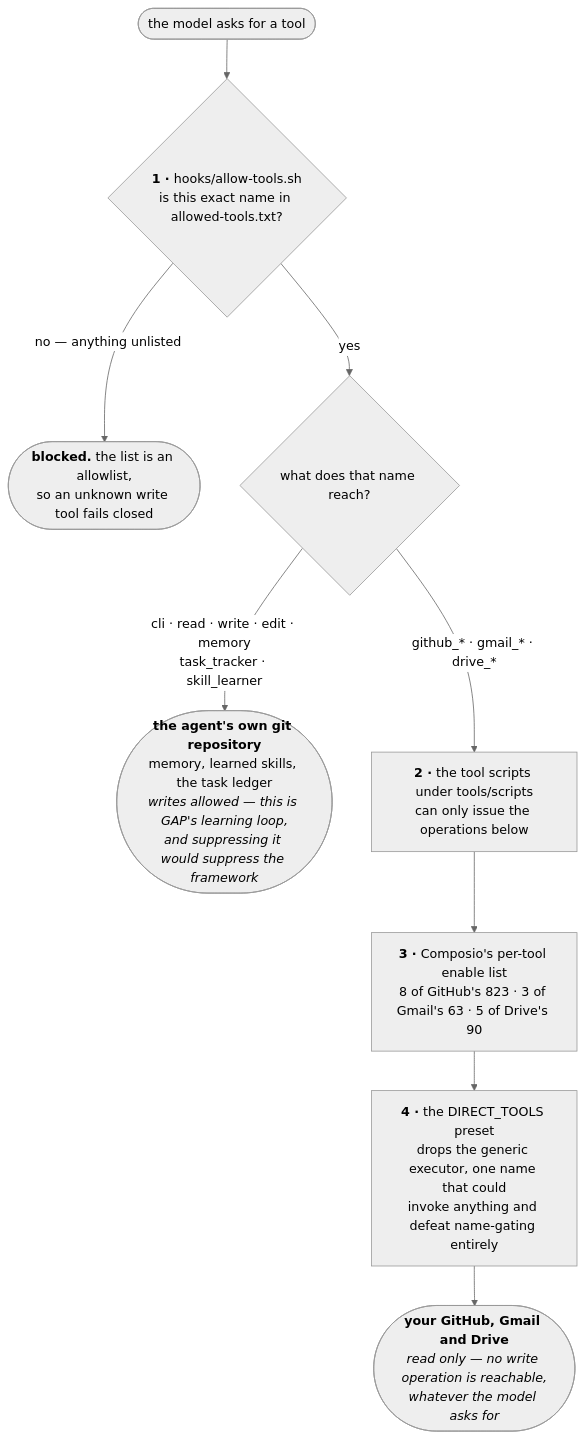
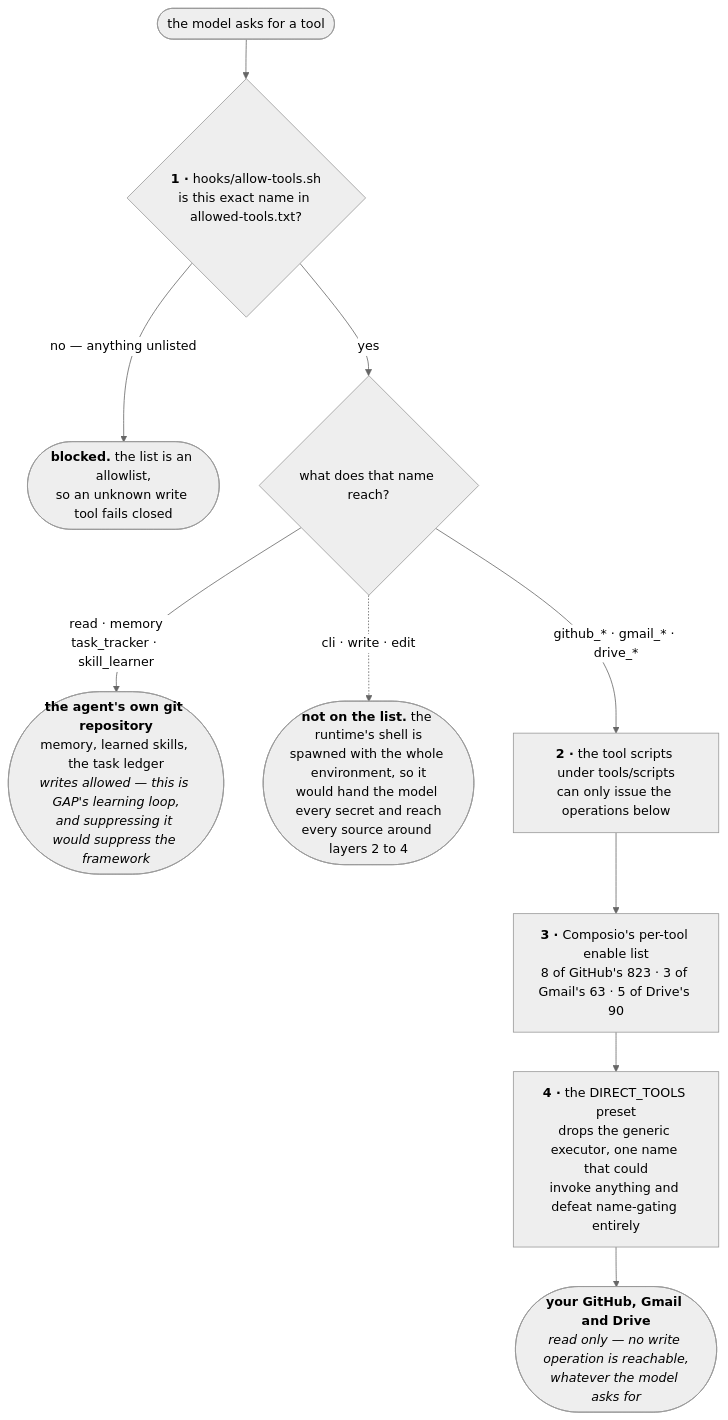
The third of 3 diagrams in README.md (alanmathews9/badger), drawn with Mermaid (neutral theme) before and after one commit. The commit also changed other lines of this file and 2 other files, not shown here.

First line of the commit message:
Take away the shell, and the header that unlocked the front door

````diff
--- a/README.md
+++ b/README.md
@@ -280,15 +280,16 @@
 ```mermaid
 flowchart TB
     M(["the model asks for a tool"]) --> H
 
     H{"<b>1 ·</b> hooks/allow-tools.sh<br/>is this exact name in allowed-tools.txt?"}
     H -->|"no — anything unlisted"| X(["<b>blocked.</b> the list is an allowlist,<br/>so an unknown write tool fails closed"])
     H -->|yes| K{"what does that name reach?"}
 
-    K -->|"cli · read · write · edit · memory<br/>task_tracker · skill_learner"| SELF(["<b>the agent's own git repository</b><br/>memory, learned skills, the task ledger<br/><i>writes allowed — this is GAP's learning loop,<br/>and suppressing it would suppress the framework</i>"])
+    K -->|"read · memory<br/>task_tracker · skill_learner"| SELF(["<b>the agent's own git repository</b><br/>memory, learned skills, the task ledger<br/><i>writes allowed — this is GAP's learning loop,<br/>and suppressing it would suppress the framework</i>"])
+    K -.->|"cli · write · edit"| XS(["<b>not on the list.</b> the runtime's shell is<br/>spawned with the whole environment, so it<br/>would hand the model every secret and reach<br/>every source around layers 2 to 4"])
 
     K -->|"github_* · gmail_* · drive_*"| S2["<b>2 ·</b> the tool scripts under tools/scripts<br/>can only issue the operations below"]
     S2 --> S3["<b>3 ·</b> Composio's per-tool enable list<br/>8 of GitHub's 823 · 3 of Gmail's 63 · 5 of Drive's 90"]
     S3 --> S4["<b>4 ·</b> the DIRECT_TOOLS preset<br/>drops the generic executor, one name that could<br/>invoke anything and defeat name-gating entirely"]
     S4 --> SRC(["<b>your GitHub, Gmail and Drive</b><br/><i>read only — no write operation is reachable,<br/>whatever the model asks for</i>"])
 ```
````
